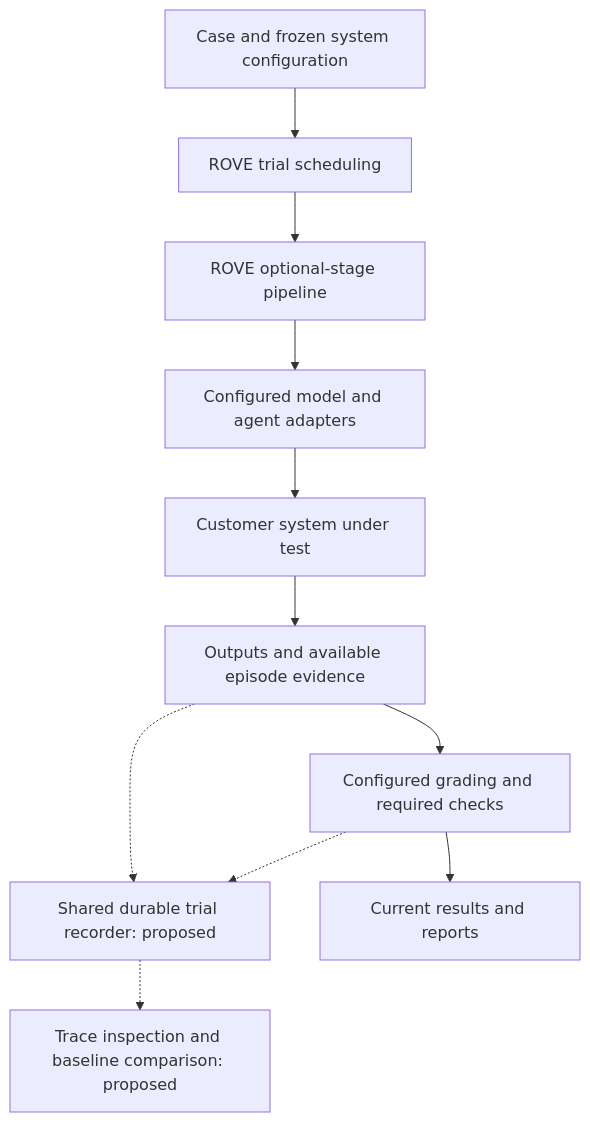
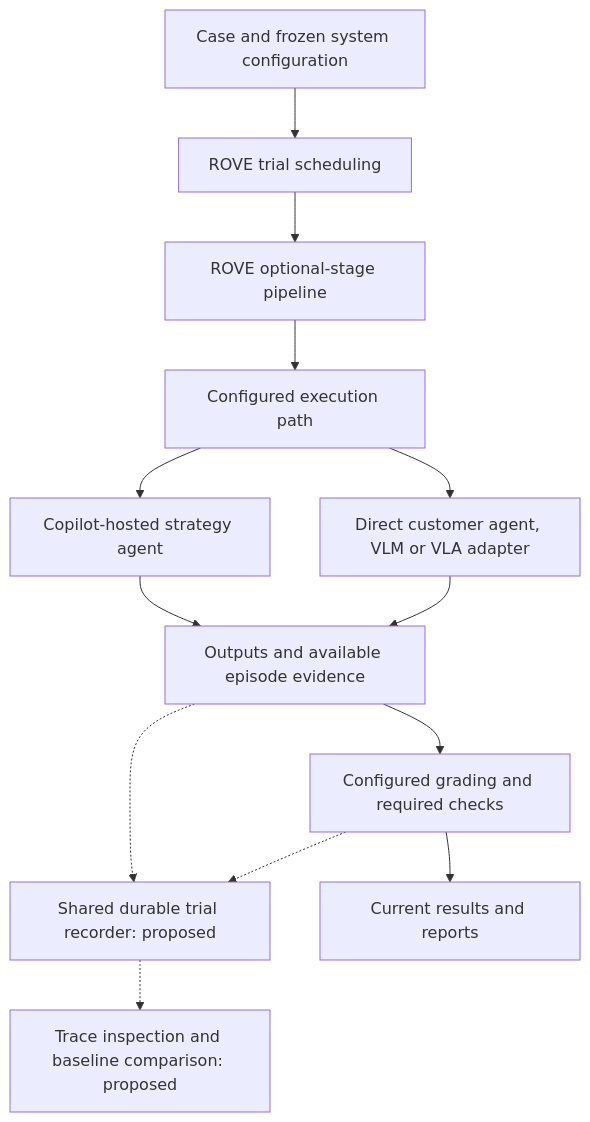
The diagram in docs/architecture/ADR-023-evaluation-and-execution-harnesses.md (niksacdev/rove), drawn with Mermaid before and after one commit. The commit also changed other lines of this file and 15 other files, not shown here.

Commit message:
Document Copilot runtime architecture (#16)

````diff
--- a/docs/architecture/ADR-023-evaluation-and-execution-harnesses.md
+++ b/docs/architecture/ADR-023-evaluation-and-execution-harnesses.md
@@ -36,13 +46,15 @@
 ```mermaid
 flowchart TD
     C[Case and frozen system configuration] --> R[ROVE trial scheduling]
     R --> P[ROVE optional-stage pipeline]
-    P --> A[Configured model and agent adapters]
-    A --> S[Customer system under test]
-    S --> E[Outputs and available episode evidence]
+    P --> A[Configured execution path]
+    A --> CS[Copilot-hosted strategy agent]
+    A --> S[Direct customer agent, VLM or VLA adapter]
+    CS --> E[Outputs and available episode evidence]
+    S --> E
     E --> G[Configured grading and required checks]
     E -.-> T[Shared durable trial recorder: proposed]
     G -.-> T
     T -.-> I[Trace inspection and baseline comparison: proposed]
     G --> H[Current results and reports]
 ```
````
